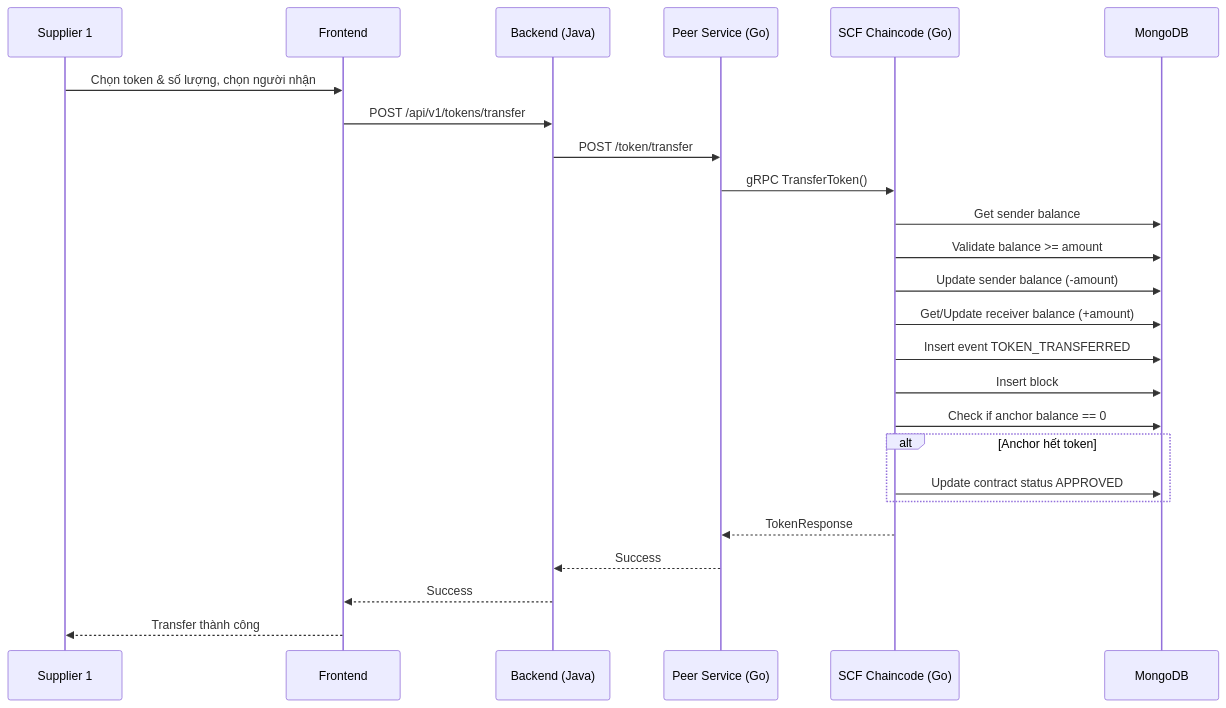
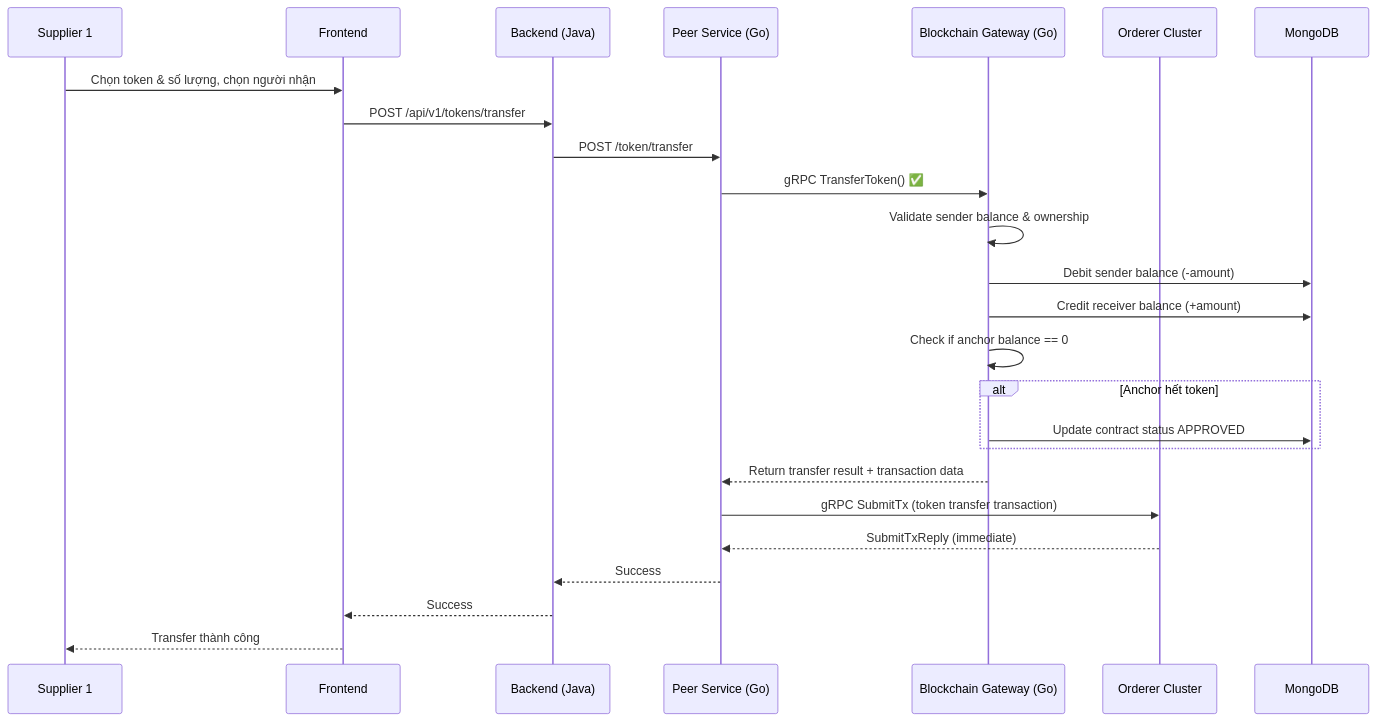
The seventh of 25 diagrams in System_Design_Document.md (trunghc97/blockchain), drawn with Mermaid before and after one commit. The commit also changed other lines of this file and 1 other file, not shown here.

Commit message:
change to peer

````diff
--- a/System_Design_Document.md
+++ b/System_Design_Document.md
@@ -698,28 +1124,28 @@
 ```mermaid
 sequenceDiagram
     participant S1 as Supplier 1
     participant FE as Frontend
     participant BE as Backend (Java)
     participant PEER as Peer Service (Go)
-    participant CHAIN as SCF Chaincode (Go)
+    participant GATEWAY as Blockchain Gateway (Go)
+    participant ORDERER as Orderer Cluster
     participant DB as MongoDB
 
     S1->>FE: Chọn token & số lượng, chọn người nhận
     FE->>BE: POST /api/v1/tokens/transfer
     BE->>PEER: POST /token/transfer
-    PEER->>CHAIN: gRPC TransferToken()
-    CHAIN->>DB: Get sender balance
-    CHAIN->>DB: Validate balance >= amount
-    CHAIN->>DB: Update sender balance (-amount)
-    CHAIN->>DB: Get/Update receiver balance (+amount)
-    CHAIN->>DB: Insert event TOKEN_TRANSFERRED
-    CHAIN->>DB: Insert block
-    CHAIN->>DB: Check if anchor balance == 0
+    PEER->>GATEWAY: gRPC TransferToken() ✅
+    GATEWAY->>GATEWAY: Validate sender balance & ownership
+    GATEWAY->>DB: Debit sender balance (-amount)
+    GATEWAY->>DB: Credit receiver balance (+amount)
+    GATEWAY->>GATEWAY: Check if anchor balance == 0
     alt Anchor hết token
-        CHAIN->>DB: Update contract status APPROVED
+        GATEWAY->>DB: Update contract status APPROVED
     end
-    CHAIN-->>PEER: TokenResponse
+    GATEWAY-->>PEER: Return transfer result + transaction data
+    PEER->>ORDERER: gRPC SubmitTx (token transfer transaction)
+    ORDERER-->>PEER: SubmitTxReply (immediate)
     PEER-->>BE: Success
     BE-->>FE: Success
     FE-->>S1: Transfer thành công
 ```
````
